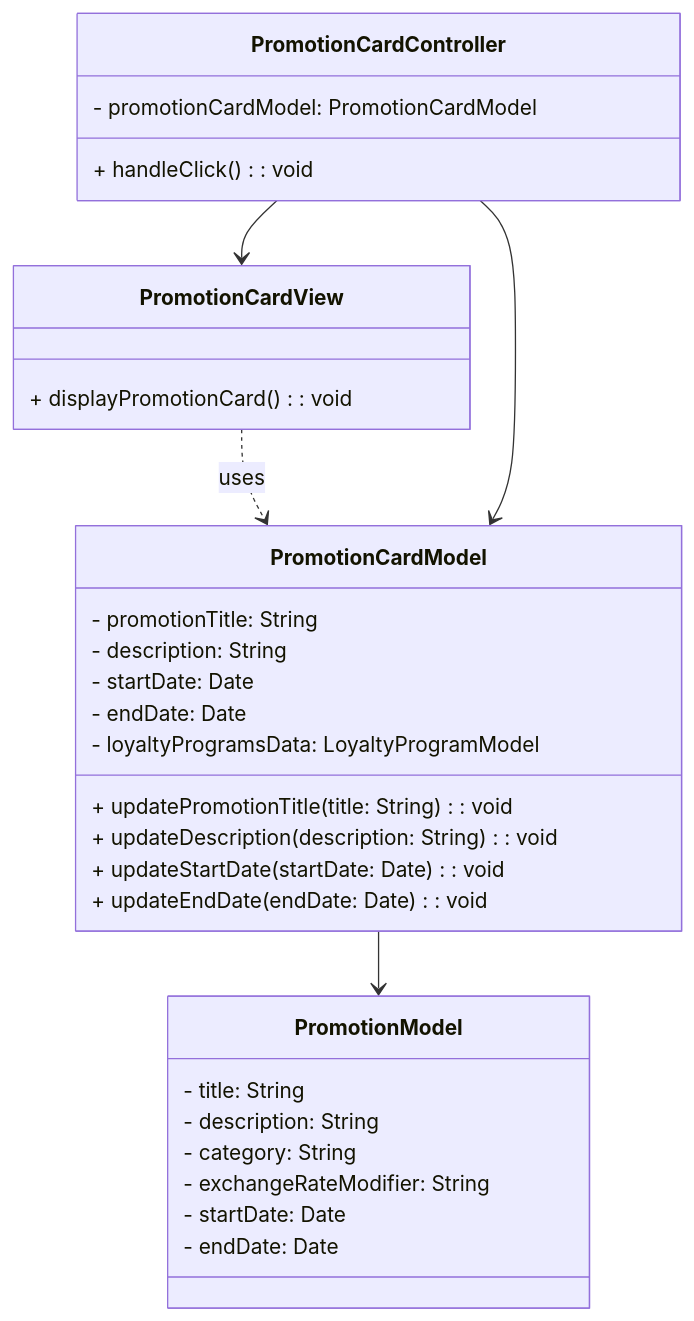
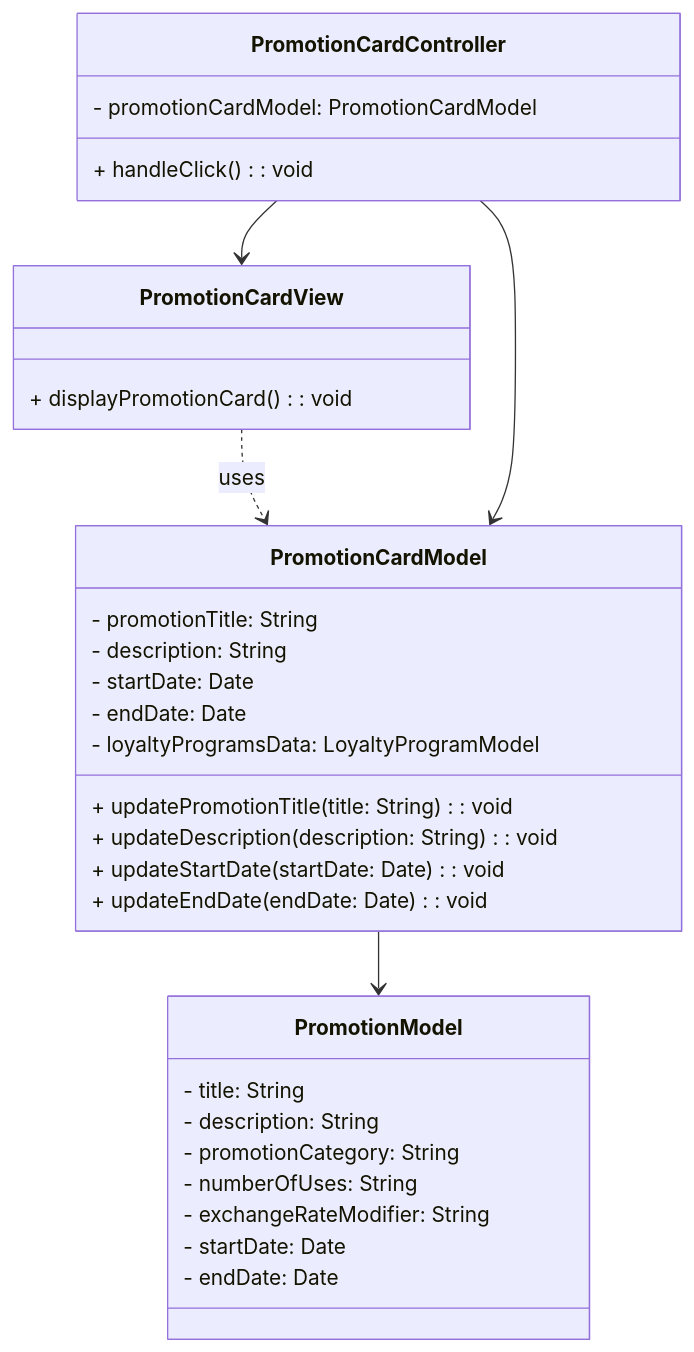
The diagram in UML Class Diagrams/promotions.md (Sean2309/50.003_ESC_Project), drawn with Mermaid before and after one commit.

````diff
--- a/UML Class Diagrams/promotions.md
+++ b/UML Class Diagrams/promotions.md
@@ -1,37 +1,38 @@
 ```mermaid
 classDiagram
   class PromotionCardModel {
     - promotionTitle: String
     - description: String
     - startDate: Date
     - endDate: Date
     - loyaltyProgramsData: LoyaltyProgramModel
     + updatePromotionTitle(title: String): void
     + updateDescription(description: String): void
     + updateStartDate(startDate: Date): void
     + updateEndDate(endDate: Date): void
   }
 
   class PromotionModel {
     - title: String
     - description: String
-    - category: String
+    - promotionCategory: String
+    - numberOfUses: String
     - exchangeRateModifier: String
     - startDate: Date
     - endDate: Date
   }
 
   class PromotionCardView {
     + displayPromotionCard(): void
   }
 
   class PromotionCardController {
     - promotionCardModel: PromotionCardModel
     + handleClick(): void
   }
 
   PromotionCardModel --> PromotionModel
   PromotionCardView ..> PromotionCardModel: uses
   PromotionCardController --> PromotionCardModel
   PromotionCardController --> PromotionCardView
 ```
````
